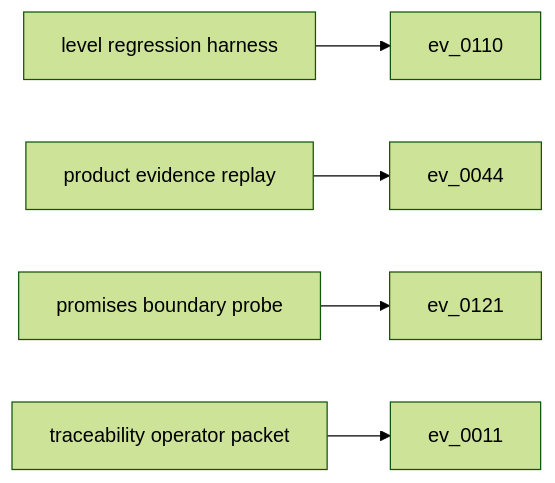
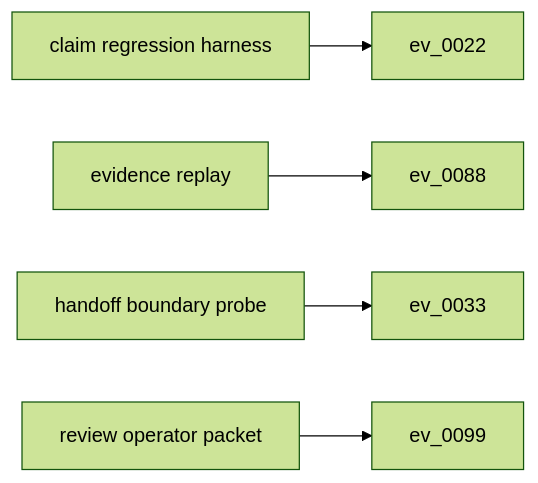
One commit to t7r0n/regulus-eval changed the diagram in outputs/trace_graph.mmd. Above: the diagram before and after it, drawn with Mermaid (forest theme). The commit also changed 21 other files, not shown here.

```diff
--- a/outputs/trace_graph.mmd
+++ b/outputs/trace_graph.mmd
@@ -1,13 +1,13 @@
 flowchart LR
-  s0["level regression harness"]
-  e0["ev_0110"]
+  s0["claim regression harness"]
+  e0["ev_0022"]
   s0 --> e0
-  s1["product evidence replay"]
-  e1["ev_0044"]
+  s1["evidence replay"]
+  e1["ev_0088"]
   s1 --> e1
-  s2["promises boundary probe"]
-  e2["ev_0121"]
+  s2["handoff boundary probe"]
+  e2["ev_0033"]
   s2 --> e2
-  s3["traceability operator packet"]
-  e3["ev_0011"]
+  s3["review operator packet"]
+  e3["ev_0099"]
   s3 --> e3
```
